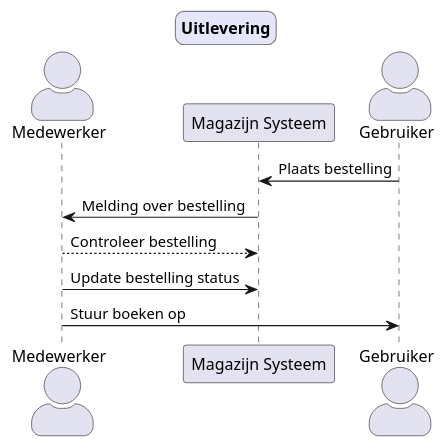
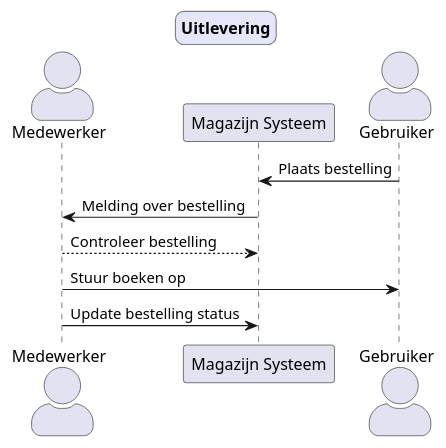
The diagram in sequence/uitlevering.wsd (Scamspio/Scrum-3-LMS), drawn with PlantUML before and after one commit. The commit also changed other lines of this file, not shown here.

Commit message:
minor update to uitlevering diagram

```diff
--- a/sequence/uitlevering.wsd
+++ b/sequence/uitlevering.wsd
@@ -1,18 +1,18 @@
 @startuml
 title Uitlevering
 skinparam actorStyle awesome
 skinparam titleBorderRoundCorner 15
 skinparam titleBorderThickness 1
 skinparam titleBorderColor Grey
 skinparam titleBackgroundColor Lavender
 
 actor Medewerker
 participant "Magazijn Systeem" as System
 actor Gebruiker
 
 Gebruiker -> System : Plaats bestelling
 System -> Medewerker : Melding over bestelling
 Medewerker --> System : Controleer bestelling
+Medewerker -> Gebruiker : Stuur boeken op
 Medewerker -> System : Update bestelling status
-Medewerker -> Gebruiker : Stuur boeken op
 @enduml
```
